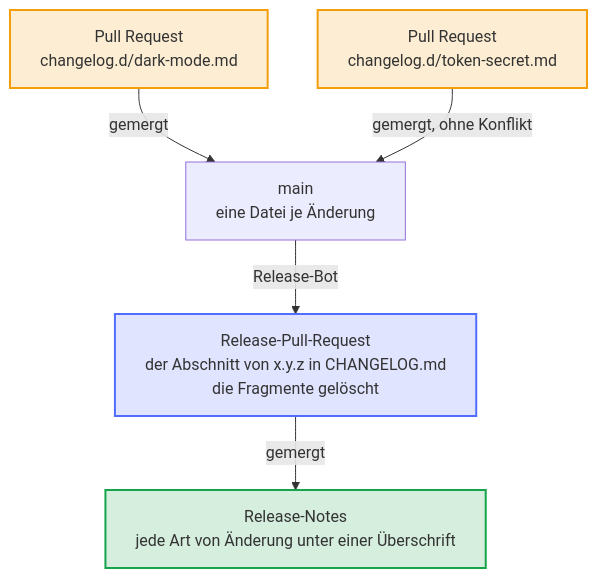
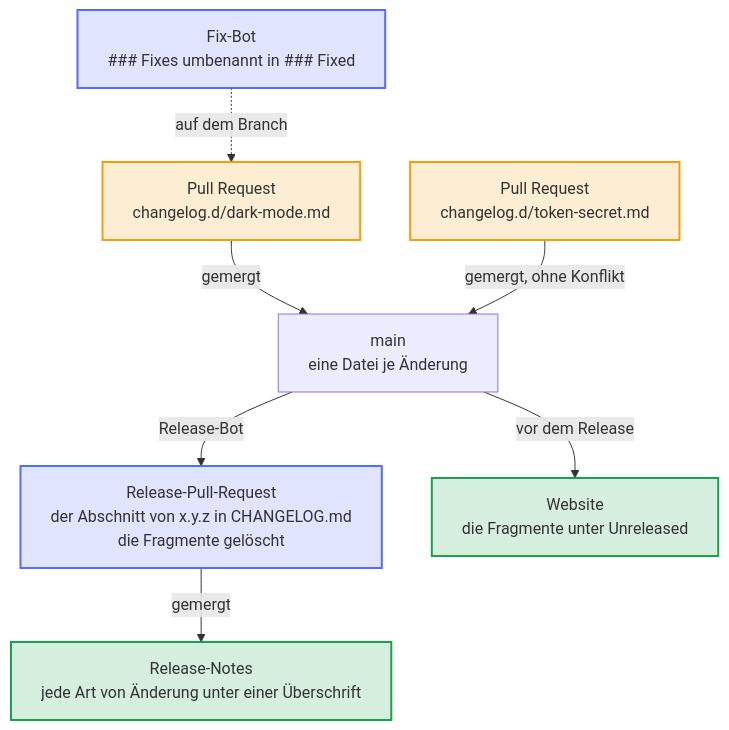
The diagram in docs/diagrams/the-changelog-without-conflicts.de.mmd (Dennis-Otto/repo-blueprint), drawn with Mermaid before and after one commit. The commit also changed 26 other files, not shown here.

First line of the commit message:
feat: show changelog fragments on the website and heal their heading typos

```diff
--- a/docs/diagrams/the-changelog-without-conflicts.de.mmd
+++ b/docs/diagrams/the-changelog-without-conflicts.de.mmd
@@ -1,26 +1,30 @@
 ---
 config:
   flowchart:
     wrappingWidth: 400
 ---
 flowchart TB
     accTitle: Der Changelog ohne Konflikte
-    accDescr: Zwei Pull Requests fügen je eine eigene Datei zu changelog.d hinzu, also mergen sie nacheinander ohne Konflikt in main. Der Release-Bot schreibt den Abschnitt des nächsten Releases aus den Fragmenten und dem Text von Unreleased in CHANGELOG.md des Release-Pull-Requests und löscht die Fragmente im selben Commit. Sein Merge macht diesen Abschnitt zu den Notes des Releases.
+    accDescr: Zwei Pull Requests fügen je eine eigene Datei zu changelog.d hinzu, also mergen sie nacheinander ohne Konflikt in main. Der Release-Bot schreibt den Abschnitt des nächsten Releases aus den Fragmenten und dem Text von Unreleased in CHANGELOG.md des Release-Pull-Requests und löscht die Fragmente im selben Commit. Sein Merge macht diesen Abschnitt zu den Notes des Releases. Bis dahin zeigt die Website die Einträge der Fragmente unter Unreleased, und der Fix-Bot benennt eine Überschrift eines Fragments um, die sicher eine Art von Änderung meint.
 
     a["Pull Request<br>changelog.d/dark-mode.md"]
     b["Pull Request<br>changelog.d/token-secret.md"]
     main["main<br>eine Datei je Änderung"]
     rpr["Release-Pull-Request<br>der Abschnitt von x.y.z in CHANGELOG.md<br>die Fragmente gelöscht"]
+    fix["Fix-Bot<br>### Fixes umbenannt in ### Fixed"]
+    site["Website<br>die Fragmente unter Unreleased"]
     notes["Release-Notes<br>jede Art von Änderung unter einer Überschrift"]
 
+    fix -. "auf dem Branch" .-> a
     a -- "gemergt" --> main
     b -- "gemergt, ohne Konflikt" --> main
+    main -- "vor dem Release" --> site
     main -- "Release-Bot" --> rpr
     rpr -- "gemergt" --> notes
 
     classDef person fill:#f59e0b2e,stroke:#f59e0b,stroke-width:2px
     classDef bot fill:#526cfe2e,stroke:#526cfe,stroke-width:2px
     classDef done fill:#16a34a2e,stroke:#16a34a,stroke-width:2px
     class a,b person
-    class rpr bot
-    class notes done
+    class rpr,fix bot
+    class notes,site done
```
